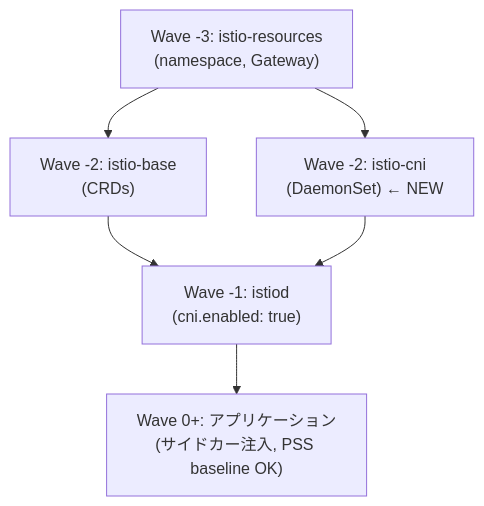
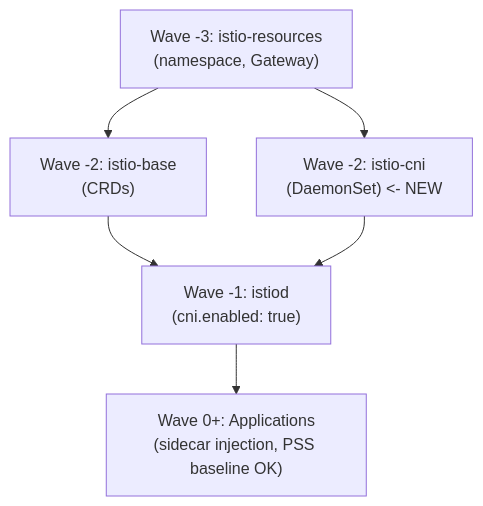
The diagram in docs/zenn-istio-cni-pss.md (yu-min3/kensan-lab), drawn with Mermaid before and after one commit. The commit also changed other lines of this file and 82 other files, not shown here.

````diff
--- a/docs/zenn-istio-cni-pss.md
+++ b/docs/zenn-istio-cni-pss.md
@@ -252,8 +252,8 @@
 ```mermaid
 graph TD
     A["Wave -3: istio-resources<br/>(namespace, Gateway)"] --> B["Wave -2: istio-base<br/>(CRDs)"]
-    A --> C["Wave -2: istio-cni<br/>(DaemonSet) ← NEW"]
+    A --> C["Wave -2: istio-cni<br/>(DaemonSet) <- NEW"]
     B --> D["Wave -1: istiod<br/>(cni.enabled: true)"]
     C --> D
-    D --> E["Wave 0+: アプリケーション<br/>(サイドカー注入, PSS baseline OK)"]
+    D --> E["Wave 0+: Applications<br/>(sidecar injection, PSS baseline OK)"]
 ```
````
